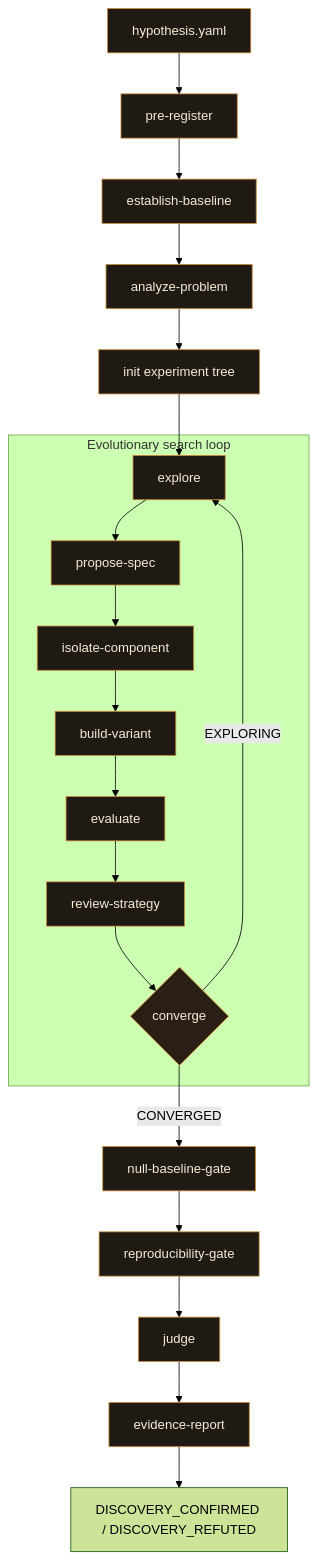
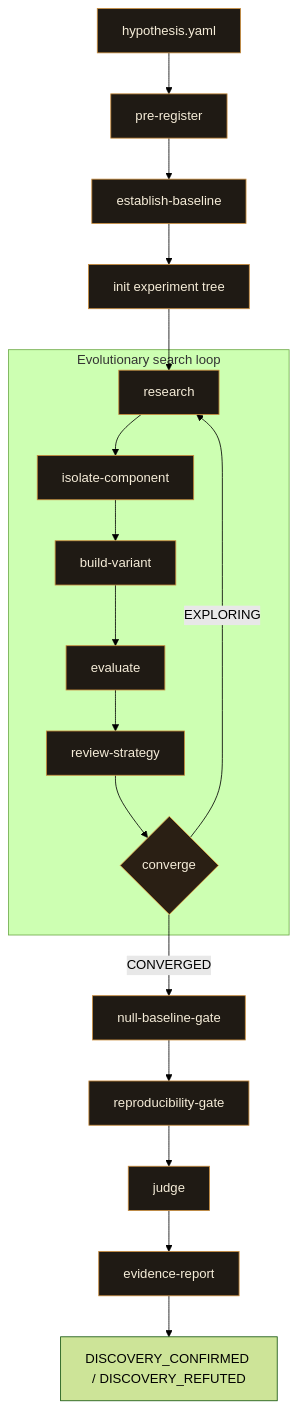
The diagram in README.md (Hook12aaa/auto-discover), drawn with Mermaid (forest theme) before and after one commit. The commit also changed other lines of this file and 31 other files, not shown here.

````diff
--- a/README.md
+++ b/README.md
@@ -75,29 +75,27 @@
 ```mermaid
 flowchart TB
     H[hypothesis.yaml] --> PR[pre-register]
     PR --> BL[establish-baseline]
-    BL --> AP[analyze-problem]
-    AP --> TREE[init experiment tree]
+    BL --> TREE[init experiment tree]
 
     subgraph loop [Evolutionary search loop]
-        EX[explore] --> PS[propose-spec]
-        PS --> IC[isolate-component]
+        RS[research] --> IC[isolate-component]
         IC --> BV[build-variant]
         BV --> EV[evaluate]
-        EV --> RS[review-strategy]
-        RS --> CV{converge}
+        EV --> RV[review-strategy]
+        RV --> CV{converge}
     end
 
-    TREE --> EX
-    CV -->|EXPLORING| EX
+    TREE --> RS
+    CV -->|EXPLORING| RS
     CV -->|CONVERGED| NB[null-baseline-gate]
     NB --> RP[reproducibility-gate]
     RP --> JD[judge]
     JD --> ER[evidence-report]
     ER --> V["DISCOVERY_CONFIRMED / DISCOVERY_REFUTED"]
 
     classDef stage fill:#1f1a14,stroke:#c98c3c,color:#f5ecd8;
     classDef decision fill:#2a1f14,stroke:#e8a94a,color:#f5ecd8;
-    class H,PR,BL,AP,TREE,EX,PS,IC,BV,EV,RS,NB,RP,JD,ER stage;
+    class H,PR,BL,TREE,RS,IC,BV,EV,RV,NB,RP,JD,ER stage;
     class CV decision;
 ```
````
